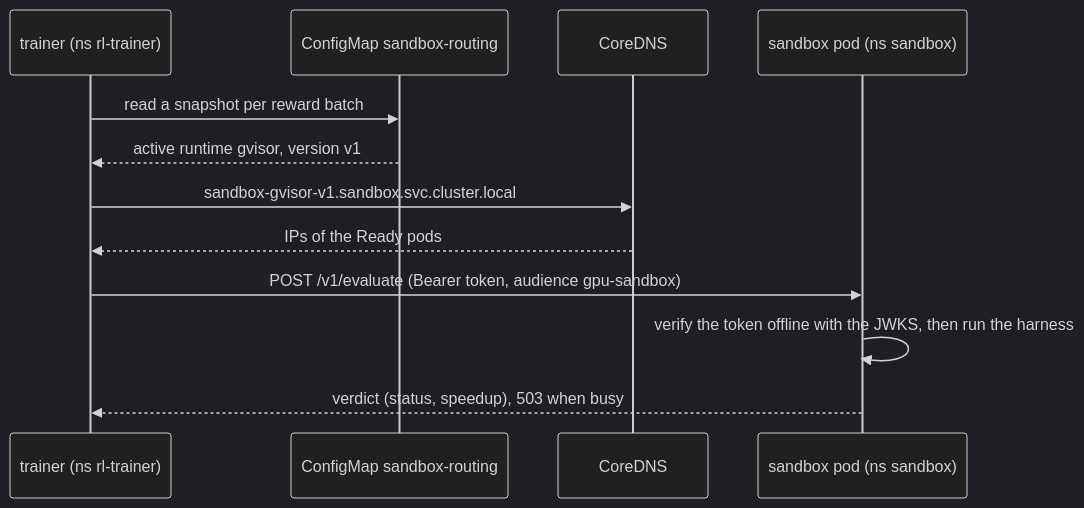
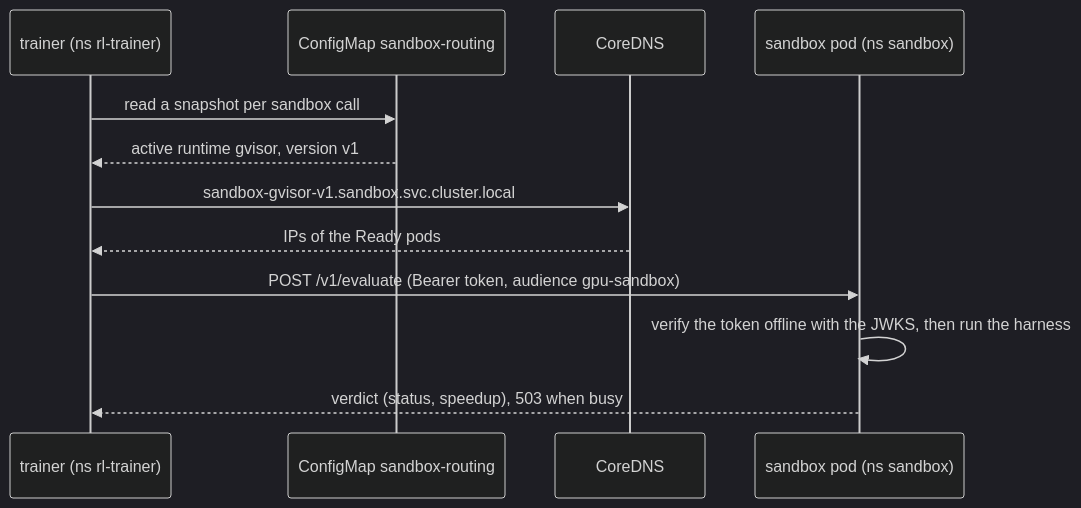
Before and after one commit to daekeun-ml/gpu-sandbox-on-aws: the second of 4 diagrams in docs/handson/00_overview.en.md, drawn with Mermaid (dark theme). The commit also changed other lines of this file and 171 other files, not shown here.

````diff
--- a/docs/handson/00_overview.en.md
+++ b/docs/handson/00_overview.en.md
@@ -112,14 +112,14 @@
 ```mermaid
 sequenceDiagram
     participant T as trainer (ns rl-trainer)
     participant CM as ConfigMap sandbox-routing
     participant DNS as CoreDNS
     participant S as sandbox pod (ns sandbox)
-    T->>CM: read a snapshot per reward batch
+    T->>CM: read a snapshot per sandbox call
     CM-->>T: active runtime gvisor, version v1
     T->>DNS: sandbox-gvisor-v1.sandbox.svc.cluster.local
     DNS-->>T: IPs of the Ready pods
     T->>S: POST /v1/evaluate (Bearer token, audience gpu-sandbox)
     S->>S: verify the token offline with the JWKS, then run the harness
     S-->>T: verdict (status, speedup), 503 when busy
 ```
````
